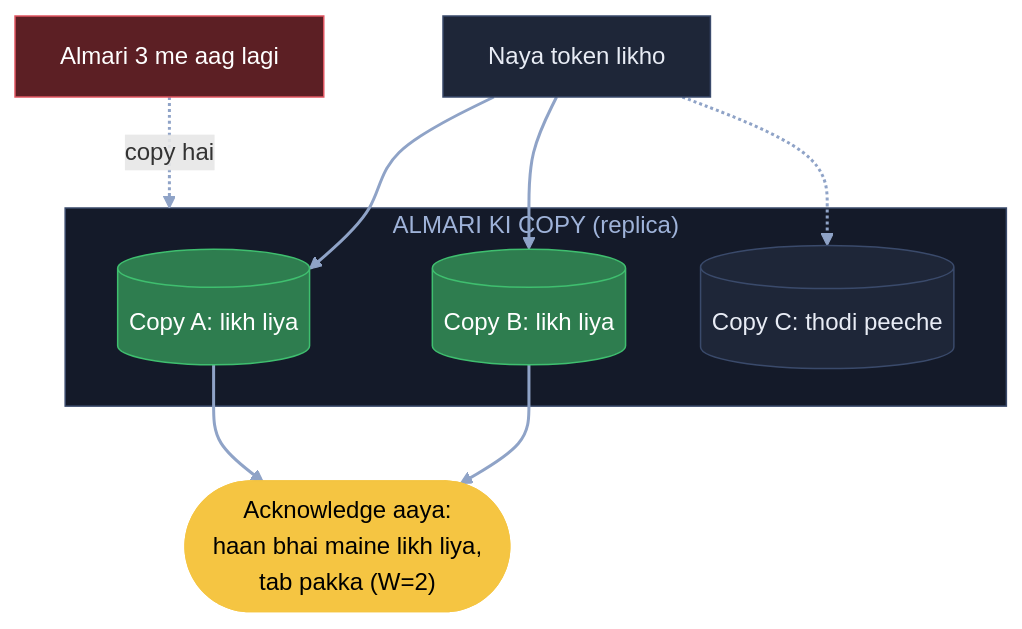
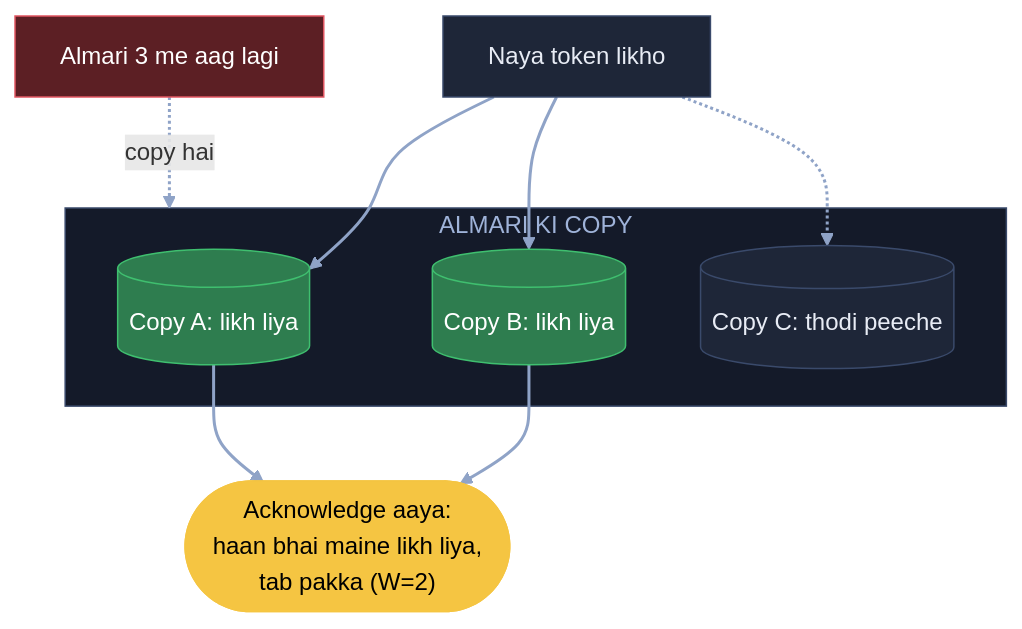
The ninth of 14 diagrams in 04_HLD/SYSTEM_DESIGNS/01_url_shortener/01_url_shortener.md (ArpanMaheshwari144/Prep), drawn with Mermaid before and after one commit. The commit also changed other lines of this file and 21 other files, not shown here.

Commit message:
Diagram: saare label purani halat me (bracket wala kaam dobara, sirf kahani ke dohraaye shabd)

````diff
--- a/04_HLD/SYSTEM_DESIGNS/01_url_shortener/01_url_shortener.md
+++ b/04_HLD/SYSTEM_DESIGNS/01_url_shortener/01_url_shortener.md
@@ -332,23 +332,23 @@
 ```mermaid
 flowchart TB
     F["Almari 3 me aag lagi"]:::bad
     W["Naya token likho"]:::card
-    subgraph CP["ALMARI KI COPY (replica)"]
+    subgraph CP["ALMARI KI COPY"]
         A[("Copy A: likh liya")]:::good
         B[("Copy B: likh liya")]:::good
         C[("Copy C: thodi peeche")]:::card
     end
     OK(["Acknowledge aaya:<br/>haan bhai maine likh liya,<br/>tab pakka (W=2)"]):::pill
     F -. "copy hai" .-> CP
     W --> A
     W --> B
     W -.-> C
     A --> OK
     B --> OK
     linkStyle default stroke:#8fa3c7,stroke-width:2px
     classDef card fill:#1e2638,stroke:#3a4a6b,color:#e8ecf5
     classDef pill fill:#f5c542,stroke:#f5c542,color:#000
     classDef good fill:#2e7d4f,stroke:#3fbf6f,color:#fff
     classDef bad fill:#5c1f24,stroke:#e05561,color:#fff
     style CP fill:#141a29,stroke:#3a4a6b,color:#9fb3d9
 ```
````
